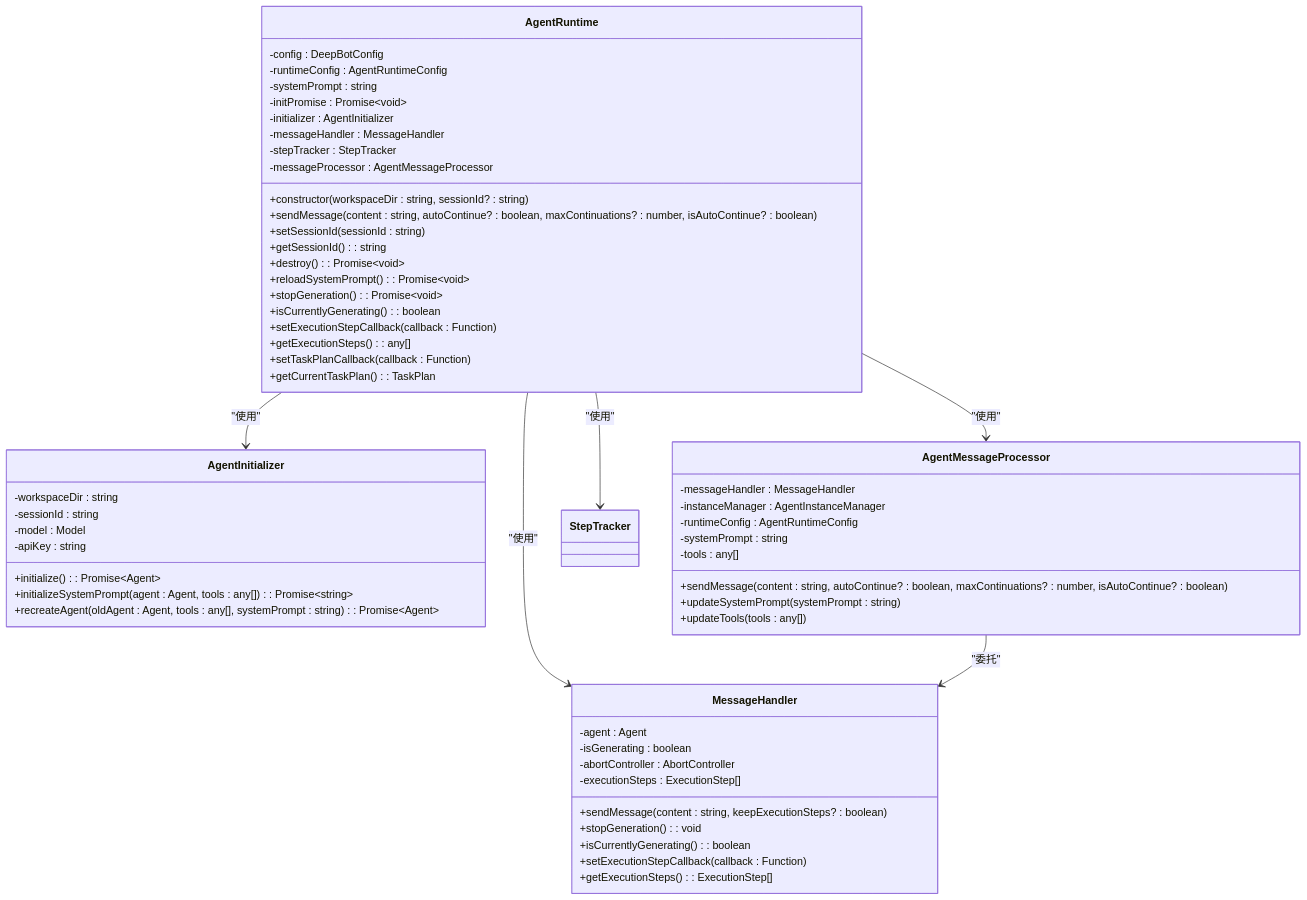
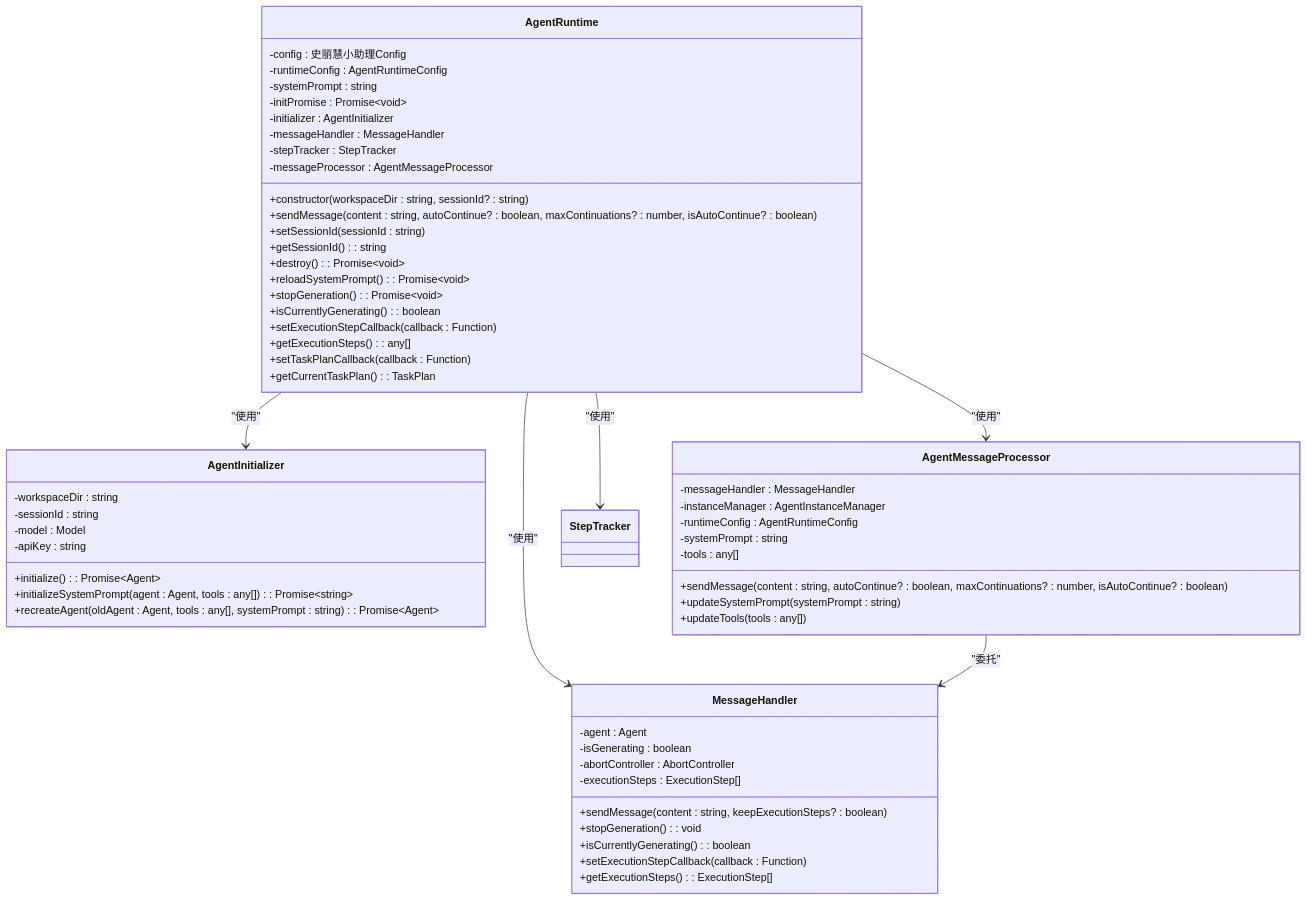
Before and after one commit to HEROhuqinchao/deepbot: the second of 11 diagrams in .qoder/repowiki/zh/content/系统架构设计/Agent Runtime 运行时系统/运行时集成机制.md, drawn with Mermaid. The commit also changed other lines of this file and 250 other files, not shown here.

````diff
--- a/.qoder/repowiki/zh/content/系统架构设计/Agent Runtime 运行时系统/运行时集成机制.md
+++ b/.qoder/repowiki/zh/content/系统架构设计/Agent Runtime 运行时系统/运行时集成机制.md
@@ -97,60 +97,60 @@
 ```mermaid
 classDiagram
 class AgentRuntime {
--config : DeepBotConfig
+-config : 史丽慧小助理Config
 -runtimeConfig : AgentRuntimeConfig
 -systemPrompt : string
 -initPromise : Promise~void~
 -initializer : AgentInitializer
 -messageHandler : MessageHandler
 -stepTracker : StepTracker
 -messageProcessor : AgentMessageProcessor
 +constructor(workspaceDir : string, sessionId? : string)
 +sendMessage(content : string, autoContinue? : boolean, maxContinuations? : number, isAutoContinue? : boolean)
 +setSessionId(sessionId : string)
 +getSessionId() : string
 +destroy() : Promise~void~
 +reloadSystemPrompt() : Promise~void~
 +stopGeneration() : Promise~void~
 +isCurrentlyGenerating() : boolean
 +setExecutionStepCallback(callback : Function)
 +getExecutionSteps() : any[]
 +setTaskPlanCallback(callback : Function)
 +getCurrentTaskPlan() : TaskPlan
 }
 class AgentInitializer {
 -workspaceDir : string
 -sessionId : string
 -model : Model
 -apiKey : string
 +initialize() : Promise~Agent~
 +initializeSystemPrompt(agent : Agent, tools : any[]) : Promise~string~
 +recreateAgent(oldAgent : Agent, tools : any[], systemPrompt : string) : Promise~Agent~
 }
 class MessageHandler {
 -agent : Agent
 -isGenerating : boolean
 -abortController : AbortController
 -executionSteps : ExecutionStep[]
 +sendMessage(content : string, keepExecutionSteps? : boolean)
 +stopGeneration() : void
 +isCurrentlyGenerating() : boolean
 +setExecutionStepCallback(callback : Function)
 +getExecutionSteps() : ExecutionStep[]
 }
 class AgentMessageProcessor {
 -messageHandler : MessageHandler
 -instanceManager : AgentInstanceManager
 -runtimeConfig : AgentRuntimeConfig
 -systemPrompt : string
 -tools : any[]
 +sendMessage(content : string, autoContinue? : boolean, maxContinuations? : number, isAutoContinue? : boolean)
 +updateSystemPrompt(systemPrompt : string)
 +updateTools(tools : any[])
 }
 AgentRuntime --> AgentInitializer : "使用"
 AgentRuntime --> MessageHandler : "使用"
 AgentRuntime --> AgentMessageProcessor : "使用"
 AgentRuntime --> StepTracker : "使用"
 AgentMessageProcessor --> MessageHandler : "委托"
 ```
````
